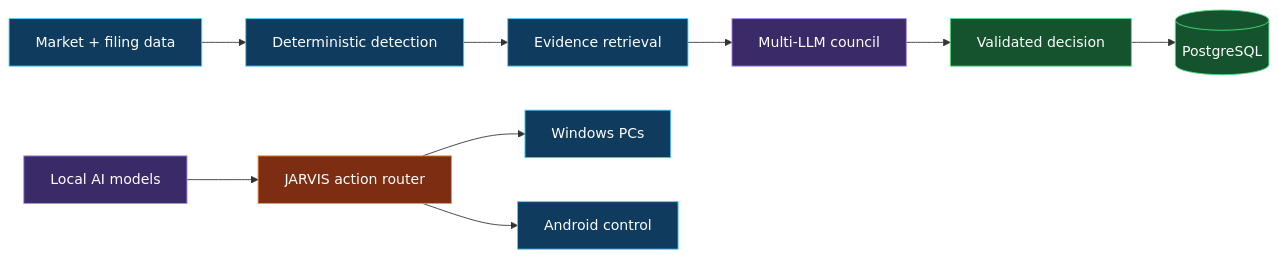
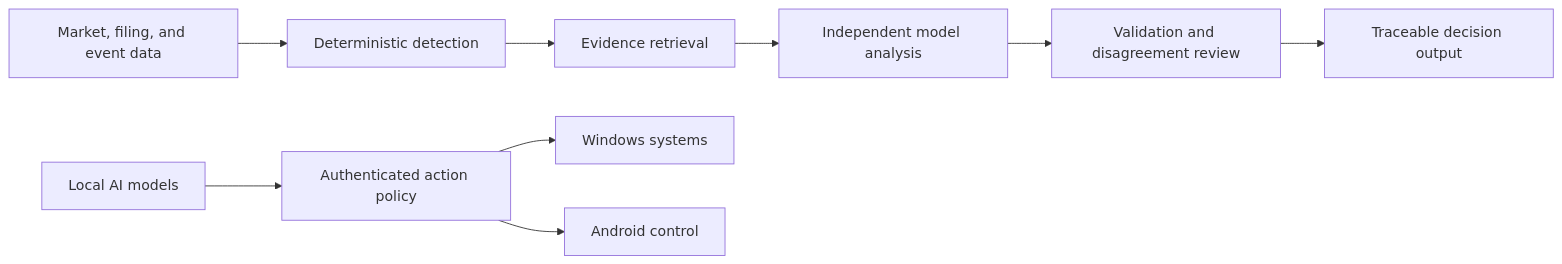
One commit to IZAQ18/IZAQ18 changed the diagram in README.md. Above: the diagram before and after it, drawn with Mermaid. The commit also changed other lines of this file, not shown here.

````diff
--- a/README.md
+++ b/README.md
@@ -65,22 +62,12 @@
 ```mermaid
 flowchart LR
-    A[Market + filing data] --> B[Deterministic detection]
+    A[Market, filing, and event data] --> B[Deterministic detection]
     B --> C[Evidence retrieval]
-    C --> D[Multi-LLM council]
-    D --> E[Validated decision]
-    E --> F[(PostgreSQL)]
-    G[Local AI models] --> H[JARVIS action router]
-    H --> I[Windows PCs]
+    C --> D[Independent model analysis]
+    D --> E[Validation and disagreement review]
+    E --> F[Traceable decision output]
+
+    G[Local AI models] --> H[Authenticated action policy]
+    H --> I[Windows systems]
     H --> J[Android control]
-
-    style A fill:#0f3b5f,stroke:#4fd1ff,color:#fff
-    style B fill:#0f3b5f,stroke:#4fd1ff,color:#fff
-    style C fill:#0f3b5f,stroke:#4fd1ff,color:#fff
-    style D fill:#3b2a68,stroke:#a78bfa,color:#fff
-    style E fill:#14532d,stroke:#4ade80,color:#fff
-    style F fill:#14532d,stroke:#4ade80,color:#fff
-    style G fill:#3b2a68,stroke:#a78bfa,color:#fff
-    style H fill:#7c2d12,stroke:#fb923c,color:#fff
-    style I fill:#0f3b5f,stroke:#4fd1ff,color:#fff
-    style J fill:#0f3b5f,stroke:#4fd1ff,color:#fff
 ```
````
